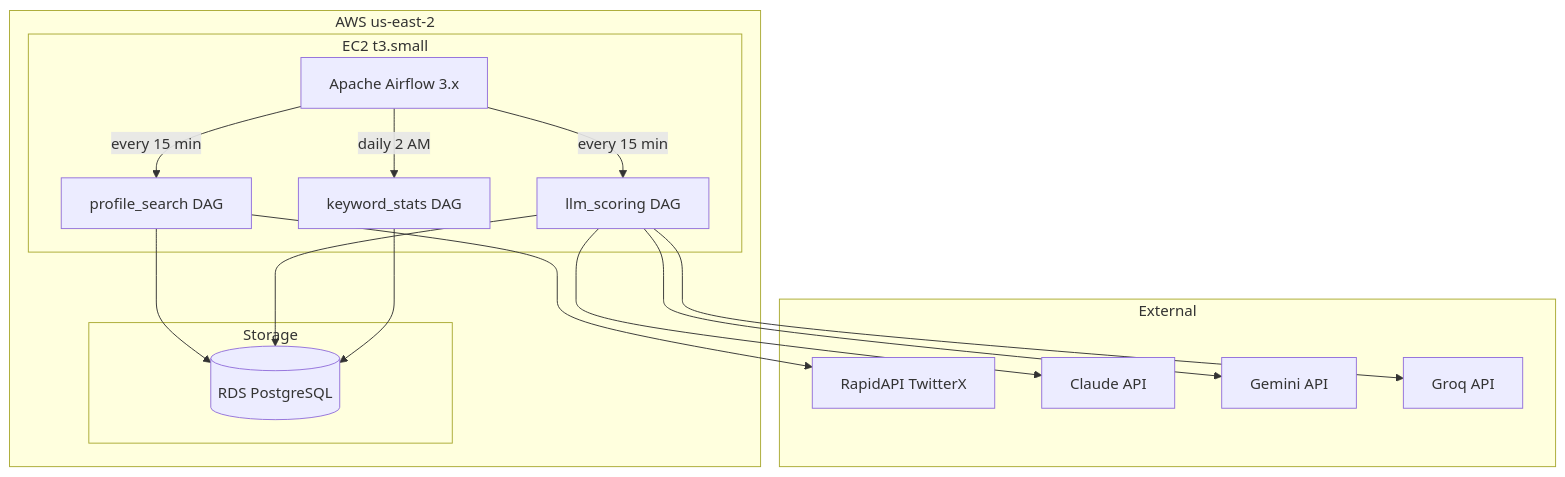
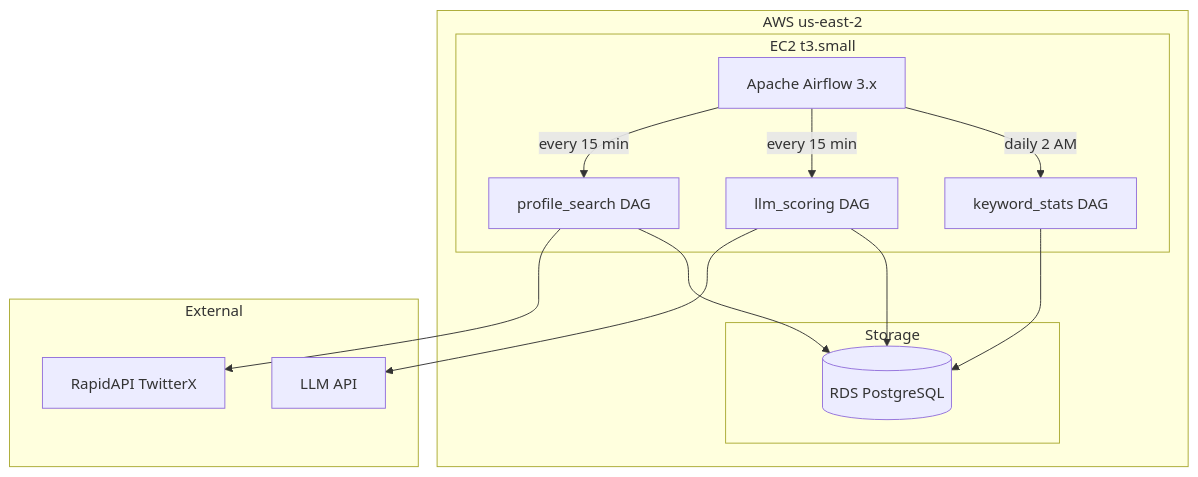
One commit to DanEscher98/twitter-profile-scorer changed the first of 3 diagrams in docs/architecture.md. Above: the diagram before and after it, drawn with Mermaid.

Commit message:
modified:   docs/architecture.md

````diff
--- a/docs/architecture.md
+++ b/docs/architecture.md
@@ -7,33 +7,29 @@
 ```mermaid
 graph TB
     subgraph Region["AWS us-east-2"]
         subgraph "EC2 t3.small"
             AF[Apache Airflow 3.x]
             PS_DAG[profile_search DAG]
             LLM_DAG[llm_scoring DAG]
             KS_DAG[keyword_stats DAG]
         end
 
         subgraph Storage
             RDS[(RDS PostgreSQL)]
         end
     end
 
     subgraph External
         RapidAPI[RapidAPI TwitterX]
-        Claude[Claude API]
-        Gemini[Gemini API]
-        Groq[Groq API]
+        LLM[LLM API]
     end
 
     AF -->|every 15 min| PS_DAG
     AF -->|every 15 min| LLM_DAG
     AF -->|daily 2 AM| KS_DAG
     PS_DAG --> RapidAPI
     PS_DAG --> RDS
-    LLM_DAG --> Claude
-    LLM_DAG --> Gemini
-    LLM_DAG --> Groq
+    LLM_DAG --> LLM
     LLM_DAG --> RDS
     KS_DAG --> RDS
 ```
````
